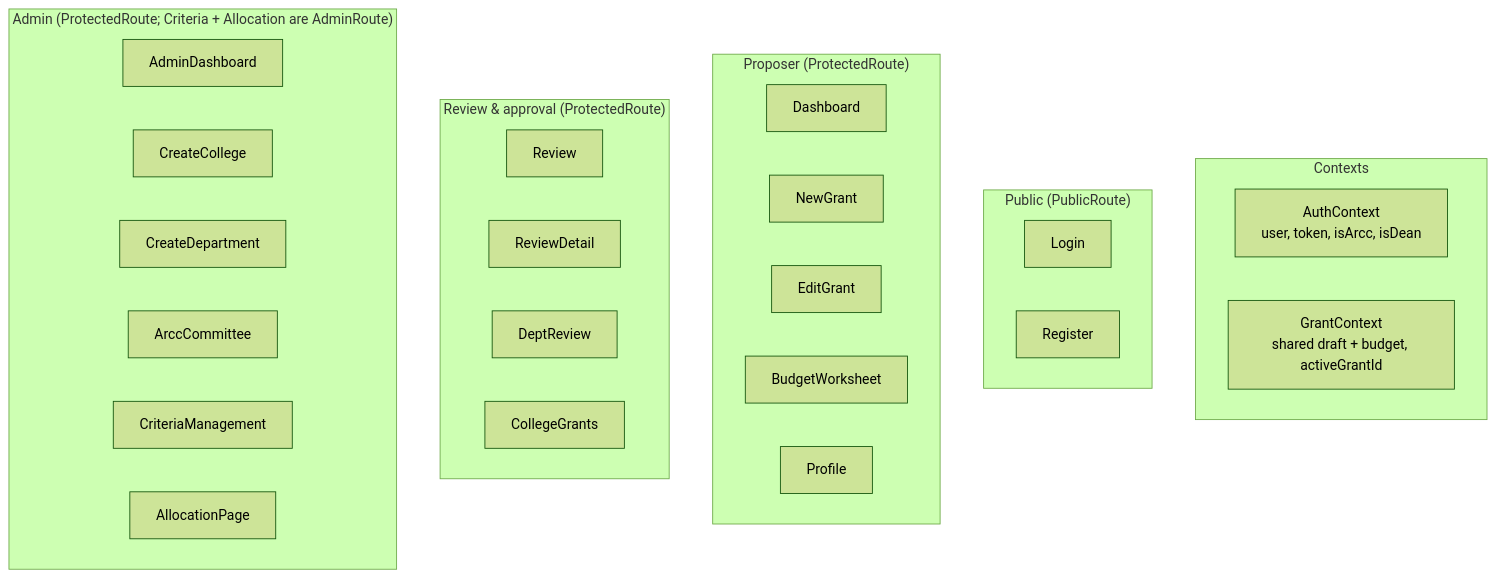
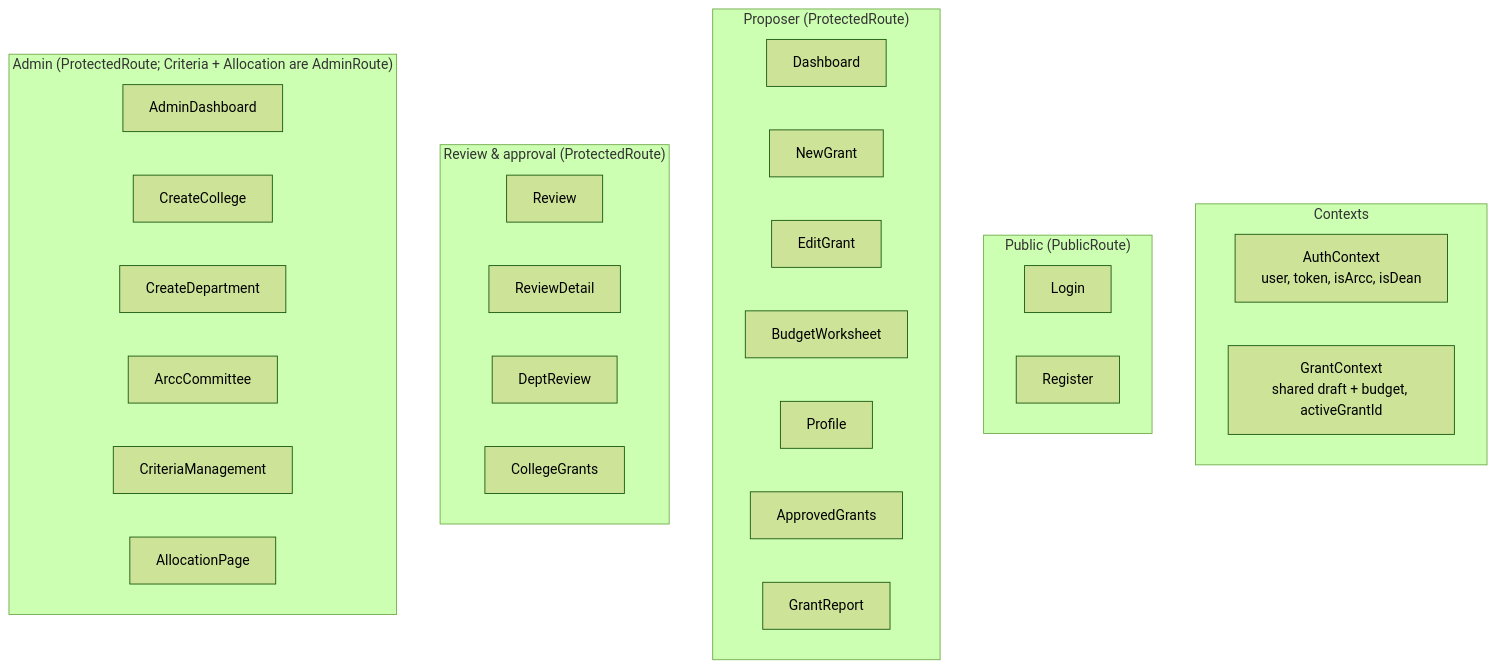
Before and after one commit to jayantiacharya/grant-management-system: the second of 8 diagrams in docs/architecture.md, drawn with Mermaid (forest theme). The commit also changed other lines of this file and 3 other files, not shown here.

First line of the commit message:
docs: sync architecture and data model with allocation backend

````diff
--- a/docs/architecture.md
+++ b/docs/architecture.md
@@ -28,36 +28,38 @@
 ```mermaid
 flowchart TB
     subgraph Contexts
         AUTH["AuthContext<br/>user, token, isArcc, isDean"]
         GRANT["GrantContext<br/>shared draft + budget, activeGrantId"]
     end
 
     subgraph Public ["Public (PublicRoute)"]
         LOGIN[Login]
         REG[Register]
     end
 
     subgraph Proposer ["Proposer (ProtectedRoute)"]
         DASH[Dashboard]
         NEW[NewGrant]
         EDIT[EditGrant]
         BUDGET[BudgetWorksheet]
         PROFILE[Profile]
+        APPROVED[ApprovedGrants]
+        REPORT[GrantReport]
     end
 
     subgraph Review ["Review & approval (ProtectedRoute)"]
         REV[Review]
         REVDET[ReviewDetail]
         DEPTREV[DeptReview]
         CG[CollegeGrants]
     end
 
     subgraph Admin ["Admin (ProtectedRoute; Criteria + Allocation are AdminRoute)"]
         ADASH[AdminDashboard]
         COLLEGE[CreateCollege]
         DEPT[CreateDepartment]
         ARCCPG[ArccCommittee]
         CRIT[CriteriaManagement]
         ALLOC[AllocationPage]
     end
 ```
````
